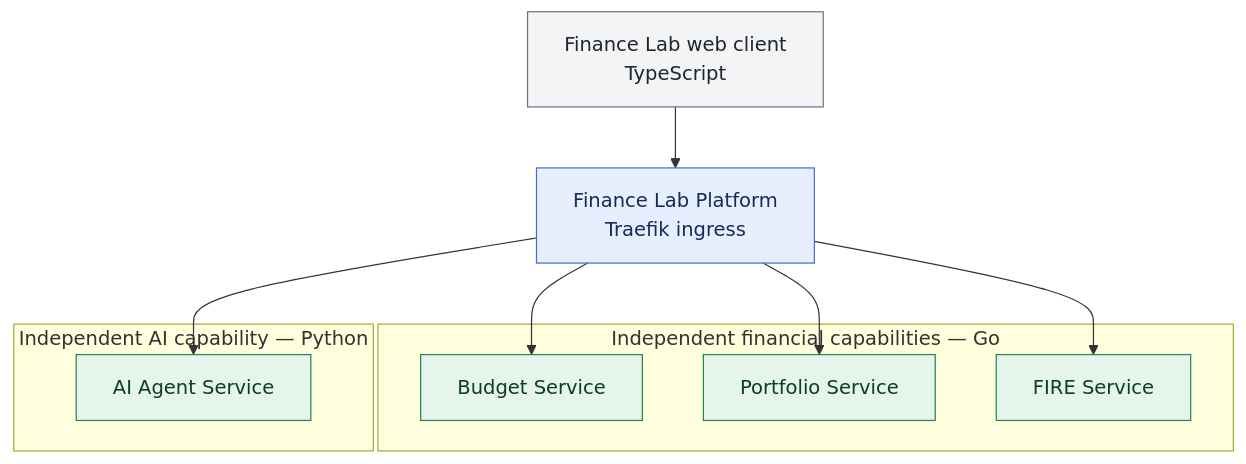
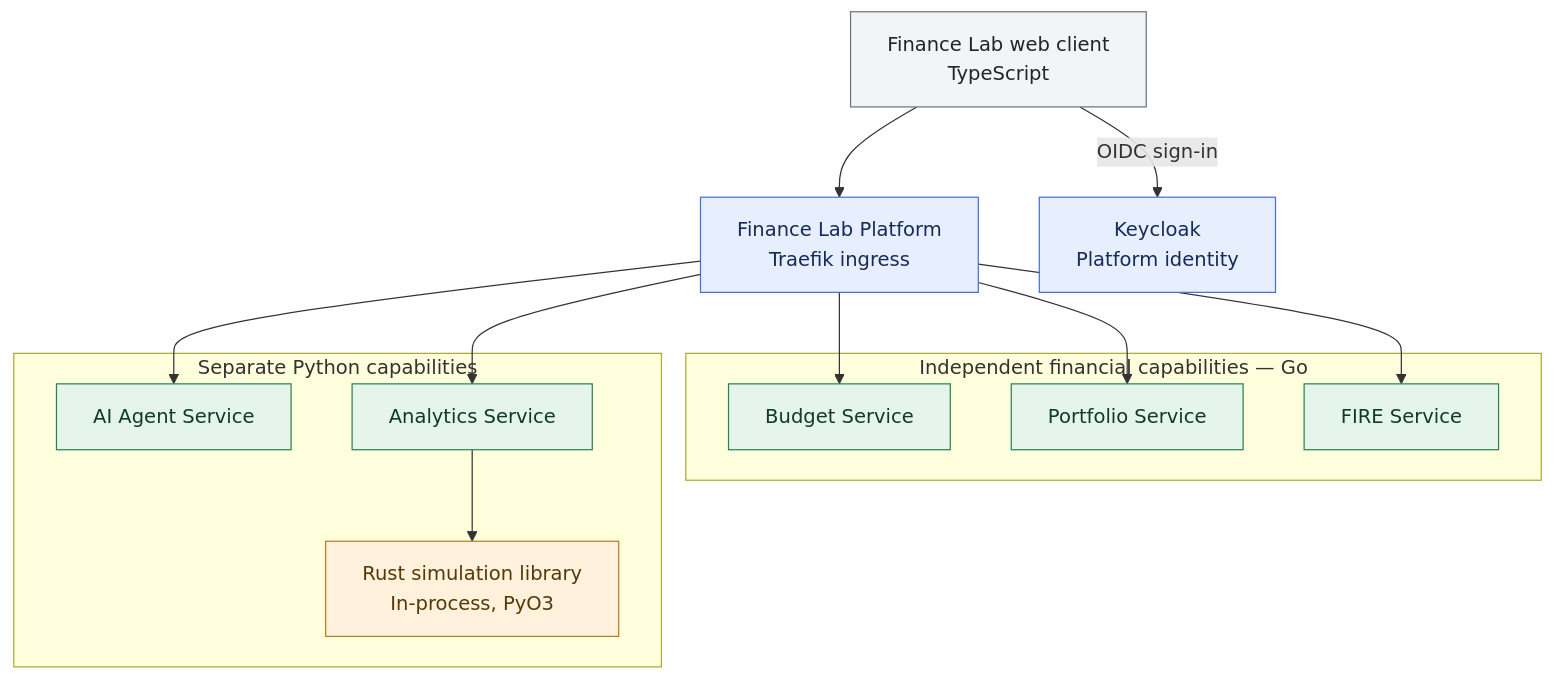
The diagram in docs/architecture/decisions/0004-independent-polyglot-services.md (anton415/finance-lab), drawn with Mermaid before and after one commit. The commit also changed other lines of this file, not shown here.

Commit message:
docs(architecture): align ADR-004 with Keycloak and Rust analytics decisions
AI-Agent: ChatGPT
AI-Model: GPT-6

````diff
--- a/docs/architecture/decisions/0004-independent-polyglot-services.md
+++ b/docs/architecture/decisions/0004-independent-polyglot-services.md
@@ -29,27 +31,35 @@
 ```mermaid
 flowchart TD
     WEB["Finance Lab web client<br/>TypeScript"]
     G["Finance Lab Platform<br/>Traefik ingress"]
 
     subgraph DOMAIN["Independent financial capabilities — Go"]
         B["Budget Service"]
         P["Portfolio Service"]
         F["FIRE Service"]
     end
-    subgraph AI["Independent AI capability — Python"]
+    subgraph PYTHON["Separate Python capabilities"]
         A["AI Agent Service"]
+        ANALYTICS["Analytics Service"]
+        RUST["Rust simulation library<br/>In-process, PyO3"]
+        ANALYTICS --> RUST
     end
+    IDP["Keycloak<br/>Platform identity"]
 
     WEB --> G
     G --> B
     G --> P
     G --> F
     G --> A
+    G --> ANALYTICS
+    WEB -->|"OIDC sign-in"| IDP
 
     classDef client fill:#F3F4F6,stroke:#6B7280,color:#20252C;
     classDef platform fill:#E7EFFF,stroke:#466FD1,color:#162B58;
     classDef service fill:#E5F5EC,stroke:#278254,color:#103B26;
+    classDef native fill:#FFF1DC,stroke:#B77D20,color:#563908;
     class WEB client;
-    class G platform;
-    class B,P,F,A service;
+    class G,IDP platform;
+    class B,P,F,A,ANALYTICS service;
+    class RUST native;
 ```
````
